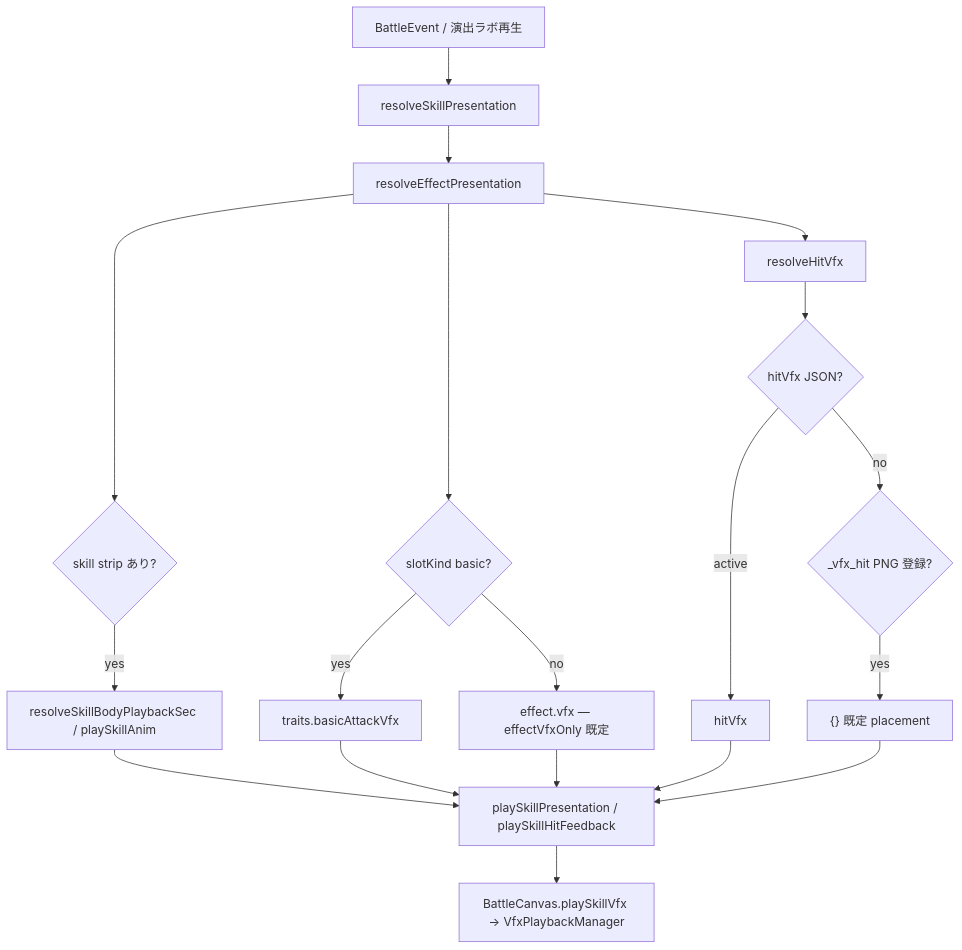
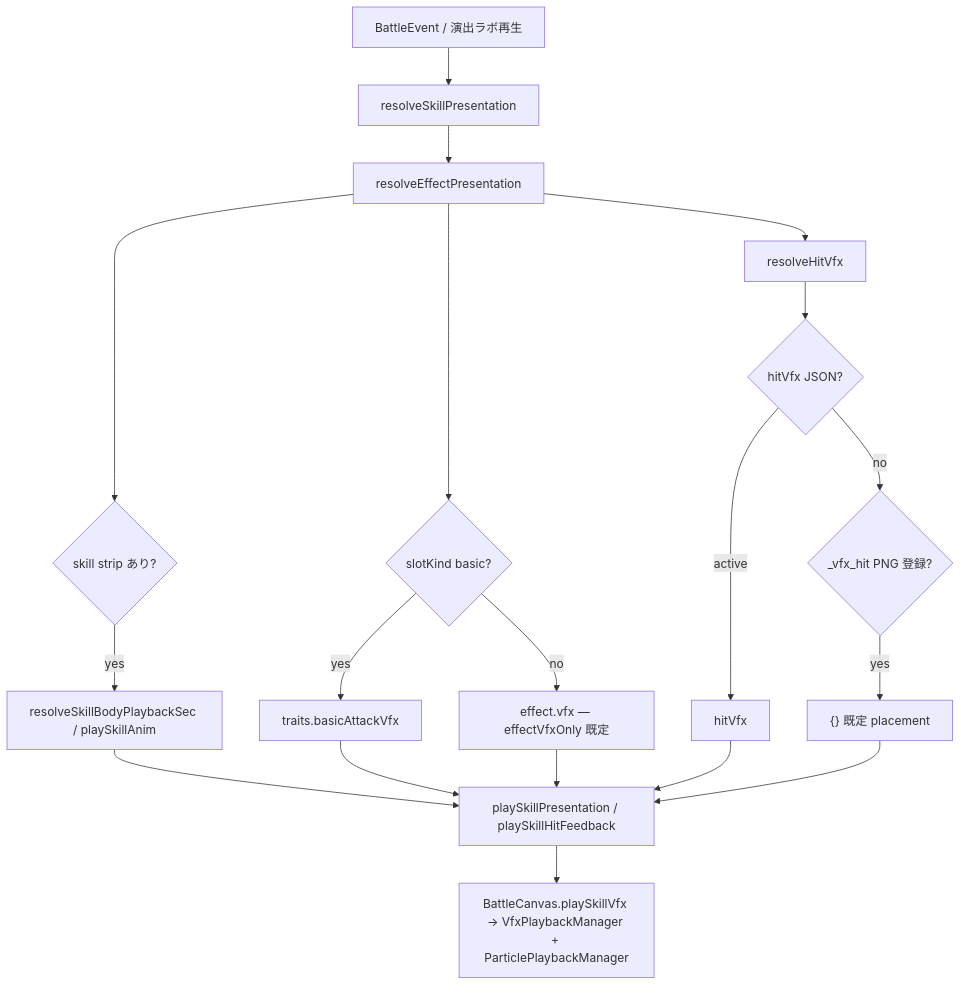
Before and after one commit to sucRo0629/auto-battle-idle: the diagram in docs/spec/classes-and-skills.md, drawn with Mermaid. The commit also changed other lines of this file and 16 other files, not shown here.

````diff
--- a/docs/spec/classes-and-skills.md
+++ b/docs/spec/classes-and-skills.md
@@ -246,21 +248,21 @@
 ```mermaid
 flowchart TD
   evt[BattleEvent / 演出ラボ再生] --> rsp[resolveSkillPresentation]
   rsp --> rep[resolveEffectPresentation]
   rep --> body{skill strip あり?}
   body -->|yes| anim[resolveSkillBodyPlaybackSec / playSkillAnim]
   rep --> vfxMain{slotKind basic?}
   vfxMain -->|yes| ba[traits.basicAttackVfx]
   vfxMain -->|no| ev[effect.vfx — effectVfxOnly 既定]
   rep --> hit[resolveHitVfx]
   hit --> hitJson{hitVfx JSON?}
   hitJson -->|active| hitUse[hitVfx]
   hitJson -->|no| hitPng{_vfx_hit PNG 登録?}
   hitPng -->|yes| hitDef["{} 既定 placement"]
   anim --> play[playSkillPresentation / playSkillHitFeedback]
   ba --> play
   ev --> play
   hitUse --> play
   hitDef --> play
-  play --> canvas[BattleCanvas.playSkillVfx → VfxPlaybackManager]
+  play --> canvas[BattleCanvas.playSkillVfx → VfxPlaybackManager + ParticlePlaybackManager]
 ```
````
